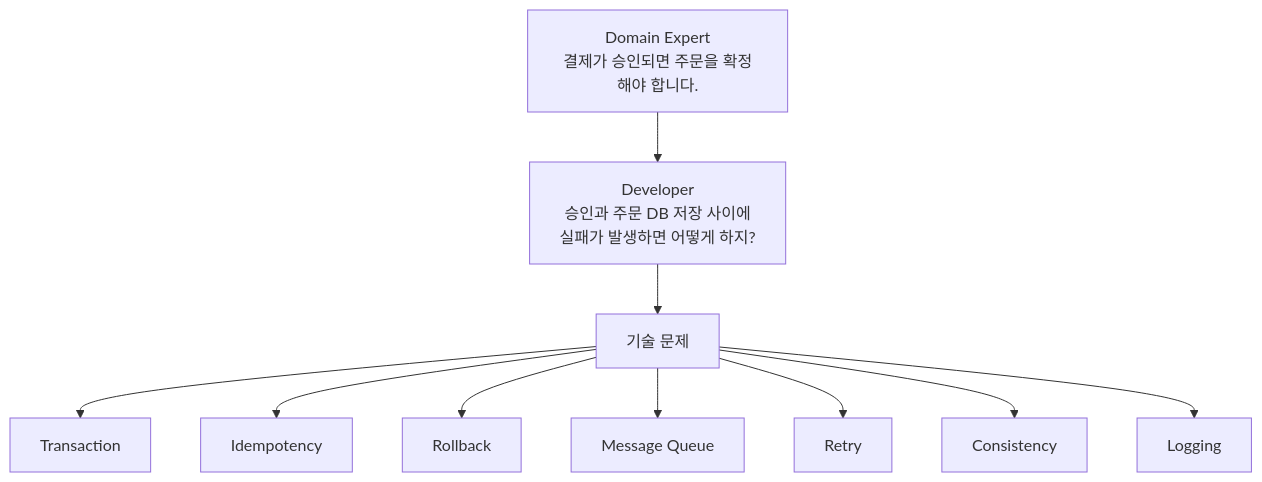
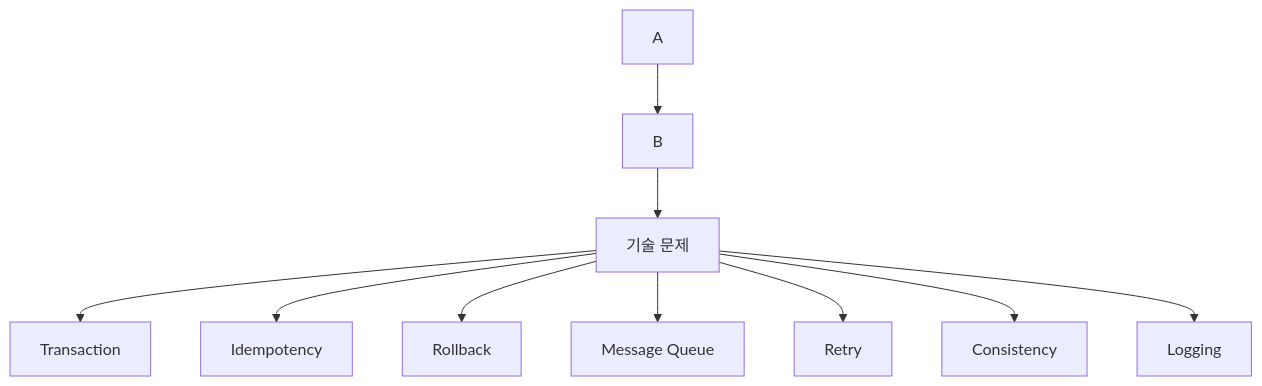
One commit to simpleego/Teaching changed the fifth of 26 diagrams in AI/AI시대 개발자의 핵심 역량.md. Above: the diagram before and after it, drawn with Mermaid.

Commit message:
Simplify flowchart by removing domain expert and developer nodes
Removed unnecessary nodes from the flowchart.

````diff
--- a/AI/AI시대 개발자의 핵심 역량.md
+++ b/AI/AI시대 개발자의 핵심 역량.md
@@ -82,24 +82,22 @@
 ```mermaid
 flowchart TB
-    A["Domain Expert<br/>결제가 승인되면 주문을 확정해야 합니다."]
-    B["Developer<br/>승인과 주문 DB 저장 사이에<br/>실패가 발생하면 어떻게 하지?"]
     C["기술 문제"]
     D["Transaction"]
     E["Idempotency"]
     F["Rollback"]
     G["Message Queue"]
     H["Retry"]
     I["Consistency"]
     J["Logging"]
 
     A --> B
     B --> C
 
     C --> D
     C --> E
     C --> F
     C --> G
     C --> H
     C --> I
     C --> J
 ```
````
